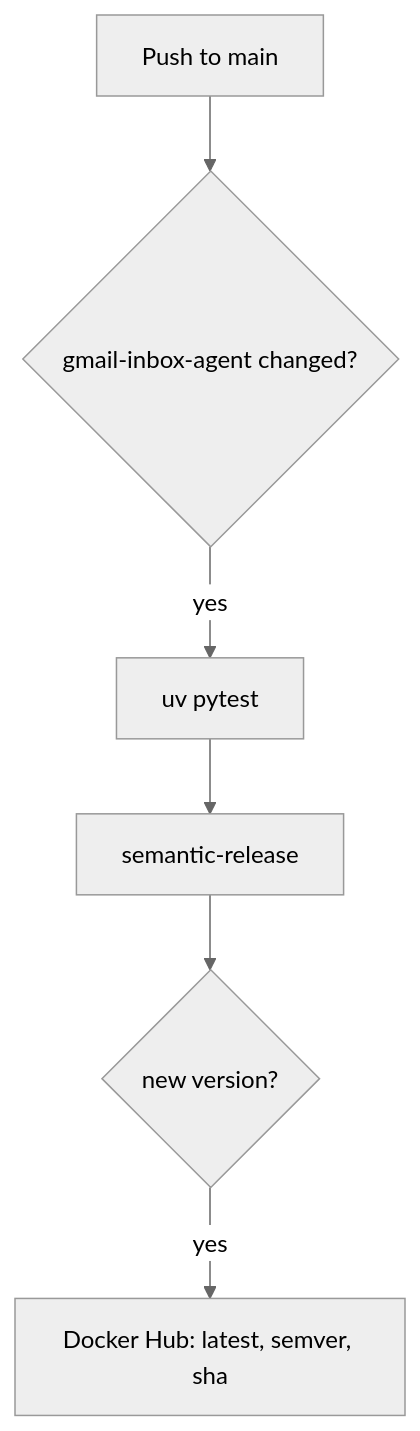
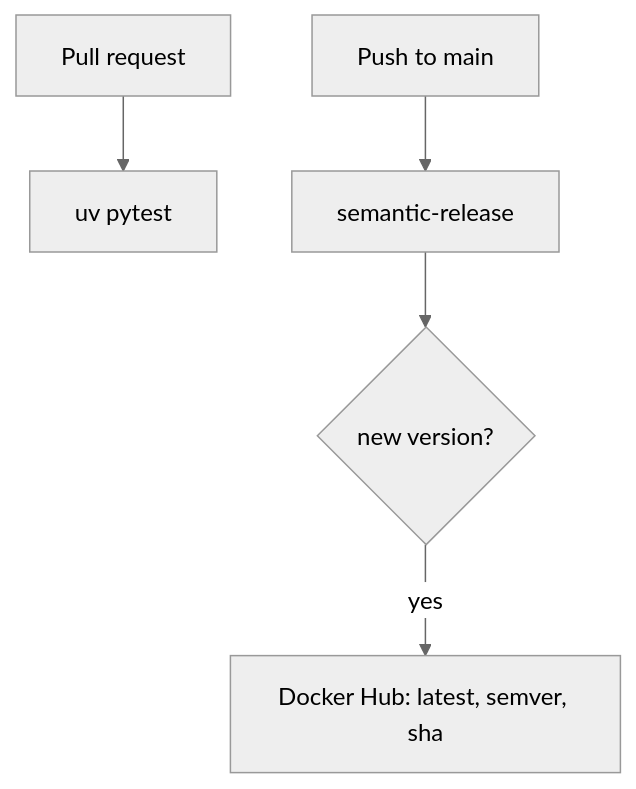
Before and after one commit to brandocomando/my_agentic_team: the seventh of 7 diagrams in gmail-inbox-agent/docs/Architecture.md, drawn with Mermaid (neutral theme). The commit also changed other lines of this file and 17 other files, not shown here.

First line of the commit message:
fix(gmail-inbox-agent): Skip release tests on main, and standardize on naming convention (#2)

````diff
--- a/gmail-inbox-agent/docs/Architecture.md
+++ b/gmail-inbox-agent/docs/Architecture.md
@@ -199,8 +199,7 @@
 ```mermaid
 flowchart TD
-    Push["Push to main"] --> Paths{"gmail-inbox-agent changed?"}
-    Paths -->|yes| Tests["uv pytest"]
-    Tests --> Release["semantic-release"]
+    PR["Pull request"] --> Tests["uv pytest"]
+    Push["Push to main"] --> Release["semantic-release"]
     Release --> Docker{"new version?"}
     Docker -->|yes| Hub["Docker Hub: latest, semver, sha"]
 ```
````
